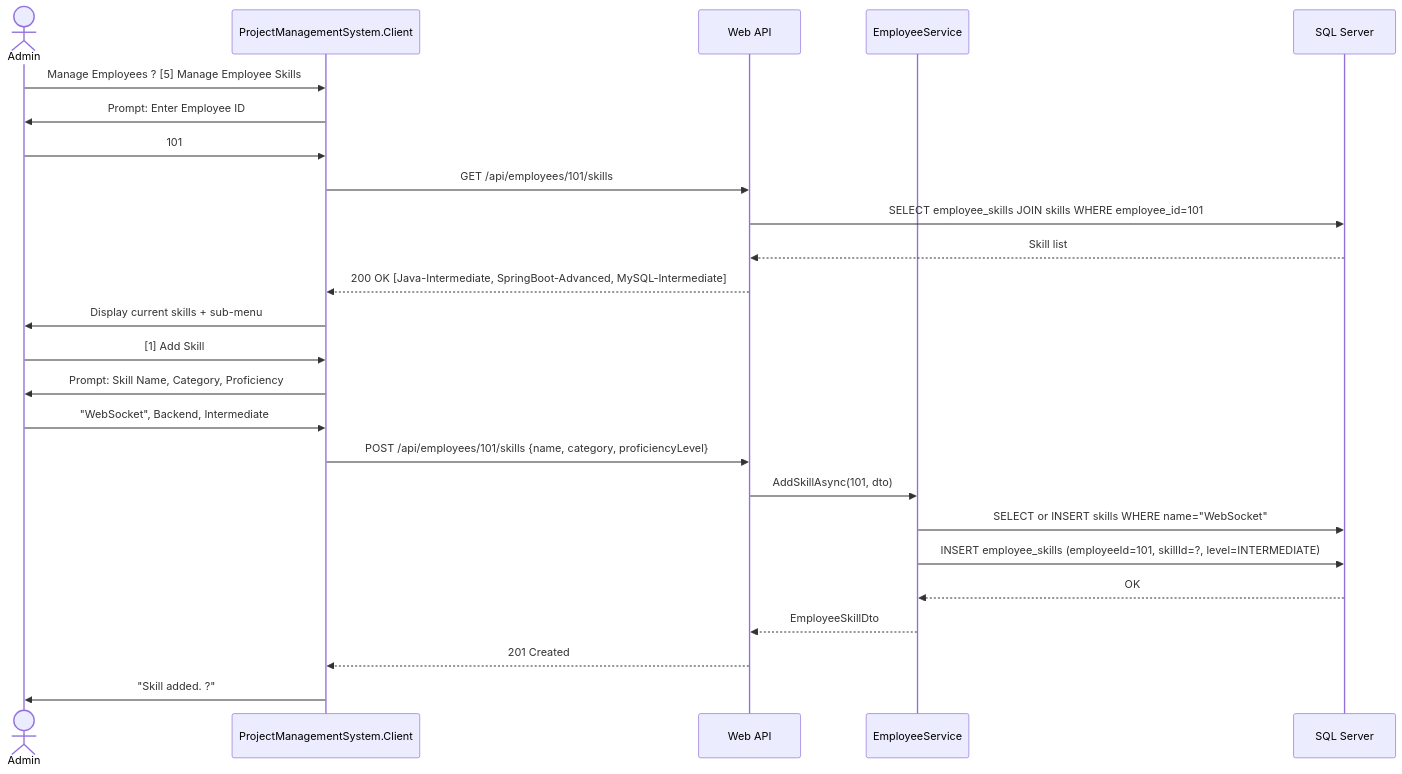
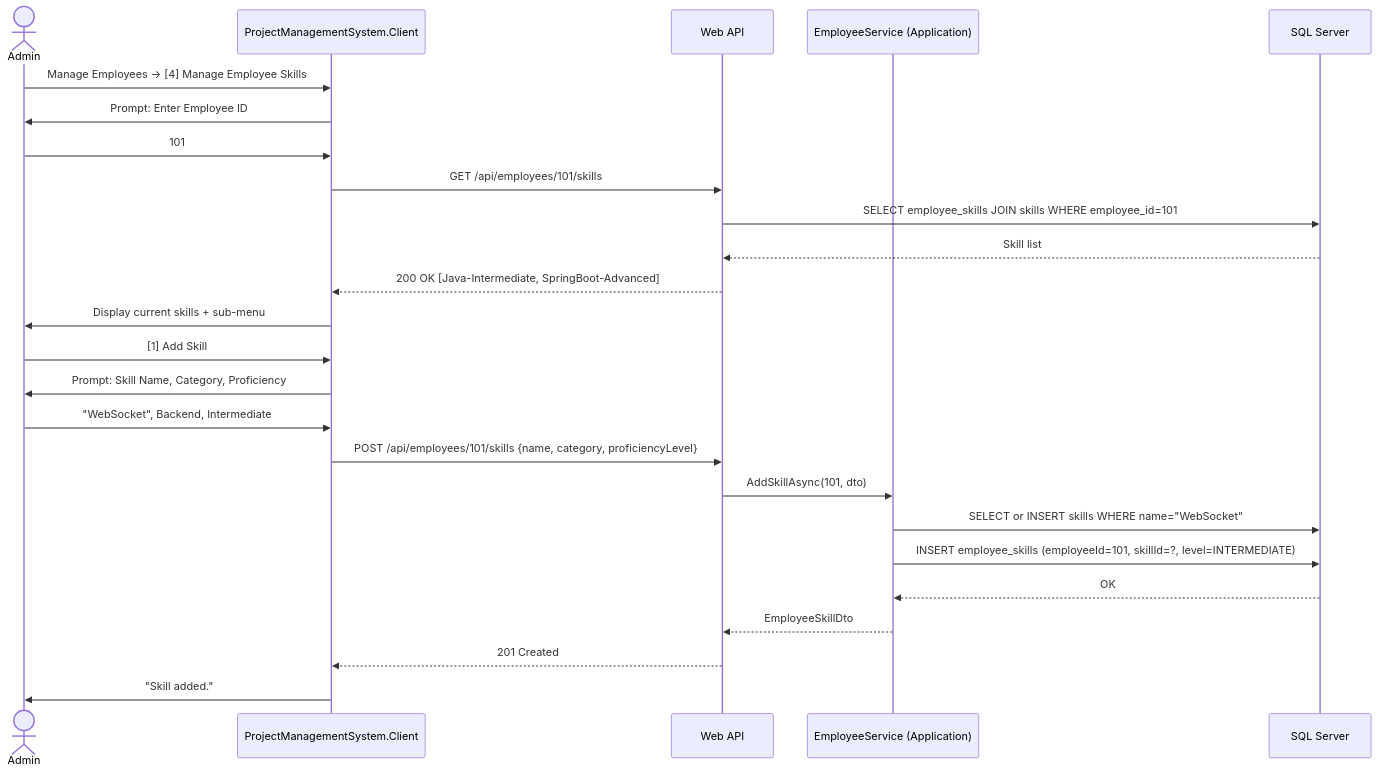
One commit to HariAdk/PRM changed the fourth of 14 diagrams in docs/Solution/Sequence_Diagram.md. Above: the diagram before and after it, drawn with Mermaid. The commit also changed other lines of this file and 21 other files, not shown here.

Commit message:
Updated diagrams

````diff
--- a/docs/Solution/Sequence_Diagram.md
+++ b/docs/Solution/Sequence_Diagram.md
@@ -162,31 +149,31 @@
 ```mermaid
 sequenceDiagram
     actor Admin
     participant Client  as ProjectManagementSystem.Client
     participant API     as Web API
-    participant EmpSvc  as EmployeeService
+    participant EmpSvc  as EmployeeService (Application)
     participant DB      as SQL Server
 
-    Admin->>Client: Manage Employees ? [5] Manage Employee Skills
+    Admin->>Client: Manage Employees → [4] Manage Employee Skills
     Client->>Admin: Prompt: Enter Employee ID
     Admin->>Client: 101
 
     Client->>API: GET /api/employees/101/skills
     API->>DB: SELECT employee_skills JOIN skills WHERE employee_id=101
     DB-->>API: Skill list
-    API-->>Client: 200 OK [Java-Intermediate, SpringBoot-Advanced, MySQL-Intermediate]
+    API-->>Client: 200 OK [Java-Intermediate, SpringBoot-Advanced]
     Client->>Admin: Display current skills + sub-menu
 
     Admin->>Client: [1] Add Skill
     Client->>Admin: Prompt: Skill Name, Category, Proficiency
     Admin->>Client: "WebSocket", Backend, Intermediate
 
     Client->>API: POST /api/employees/101/skills {name, category, proficiencyLevel}
     API->>EmpSvc: AddSkillAsync(101, dto)
     EmpSvc->>DB: SELECT or INSERT skills WHERE name="WebSocket"
     EmpSvc->>DB: INSERT employee_skills (employeeId=101, skillId=?, level=INTERMEDIATE)
     DB-->>EmpSvc: OK
     EmpSvc-->>API: EmployeeSkillDto
     API-->>Client: 201 Created
-    Client->>Admin: "Skill added. ?"
+    Client->>Admin: "Skill added."
 ```
````
